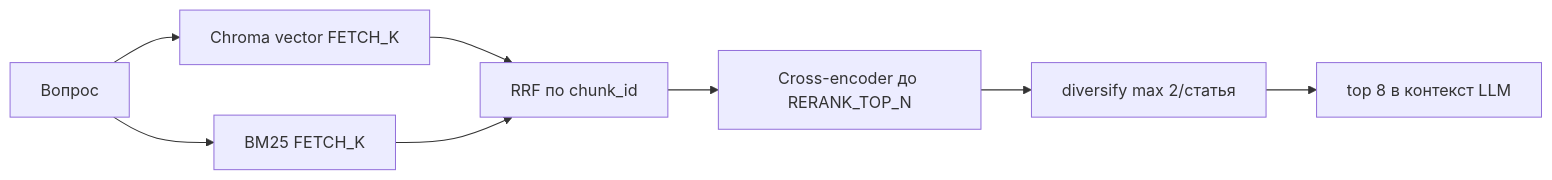
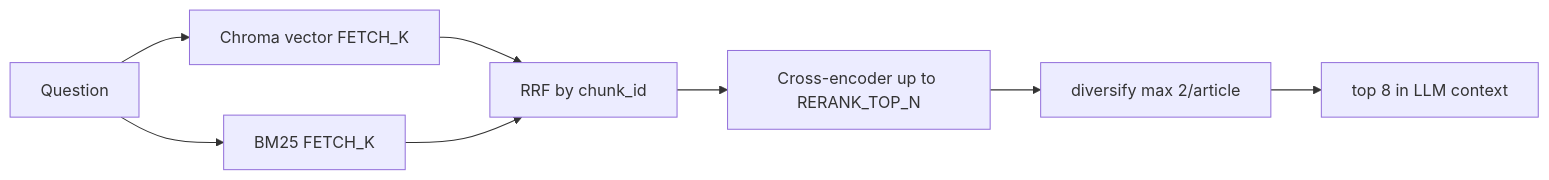
One commit to kantik001/grounded_horticulture_en changed the diagram in docs/knowledge-base/rag-hybrid-search.md. Above: the diagram before and after it, drawn with Mermaid. The commit also changed other lines of this file and 189 other files, not shown here.

````diff
--- a/docs/knowledge-base/rag-hybrid-search.md
+++ b/docs/knowledge-base/rag-hybrid-search.md
@@ -26,10 +26,10 @@
 ```mermaid
 flowchart LR
-    Q[Вопрос] --> V[Chroma vector FETCH_K]
+    Q[Question] --> V[Chroma vector FETCH_K]
     Q --> B[BM25 FETCH_K]
-    V --> RRF[RRF по chunk_id]
+    V --> RRF[RRF by chunk_id]
     B --> RRF
-    RRF --> CE[Cross-encoder до RERANK_TOP_N]
-    CE --> D[diversify max 2/статья]
-    D --> K[top 8 в контекст LLM]
+    RRF --> CE[Cross-encoder up to RERANK_TOP_N]
+    CE --> D[diversify max 2/article]
+    D --> K[top 8 in LLM context]
 ```
````
